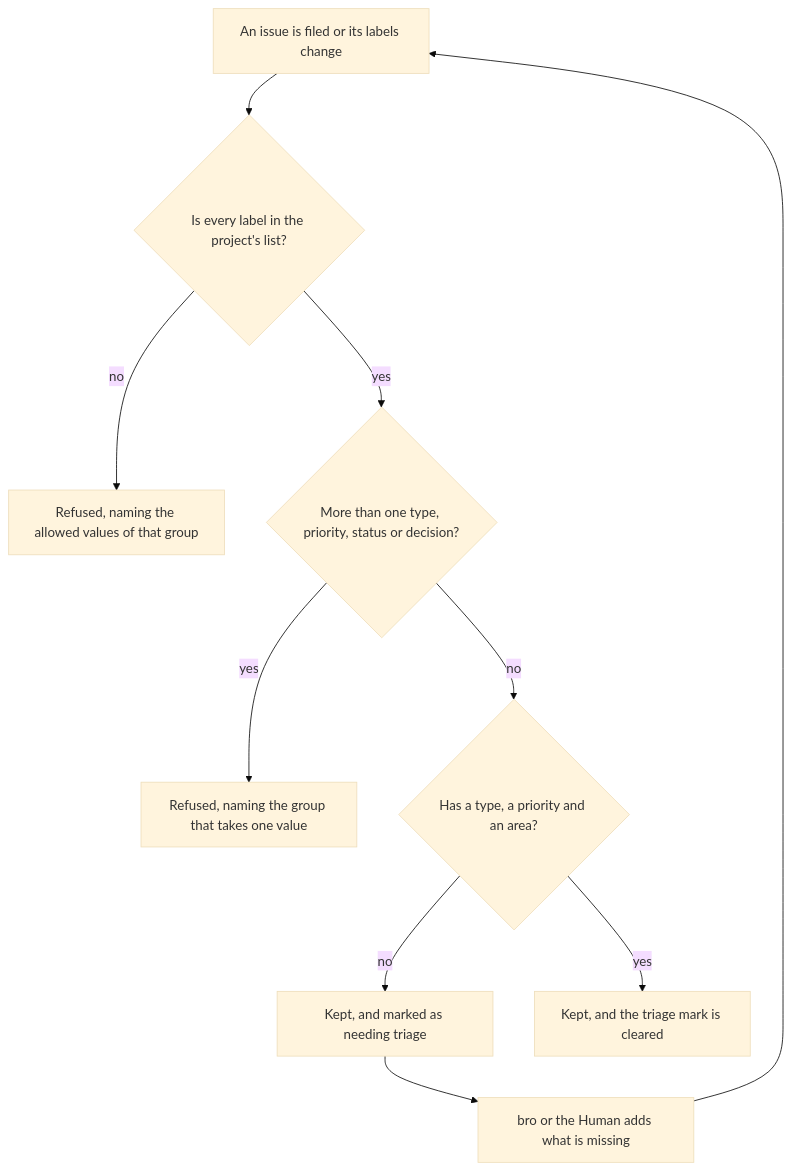
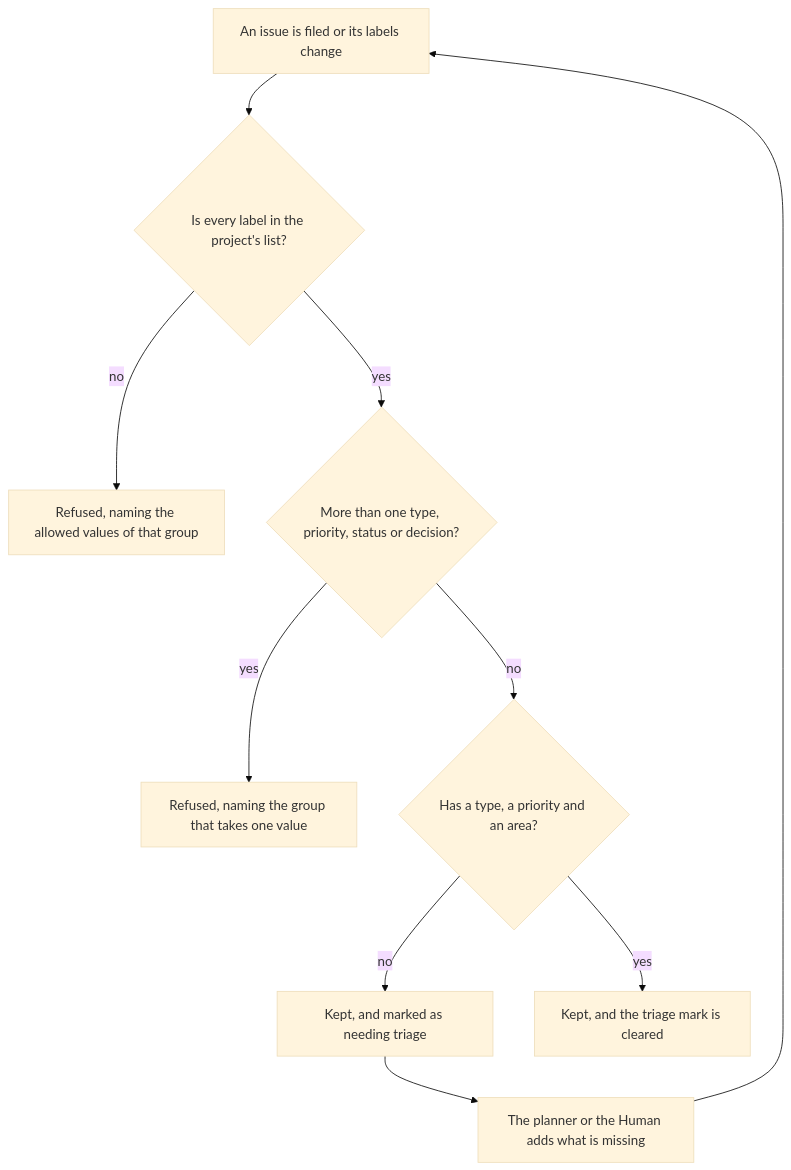
Before and after one commit to trustmybot/tmb: the second of 2 diagrams in docs/architecture/ISSUES.md, drawn with Mermaid (base theme). The commit also changed other lines of this file and 38 other files, not shown here.

````diff
--- a/docs/architecture/ISSUES.md
+++ b/docs/architecture/ISSUES.md
@@ -34,12 +50,12 @@
 ```mermaid
 flowchart TD
-    A[An issue is filed or its labels change] --> B{Is every label in the project's list?}
-    B -- no --> X[Refused, naming the allowed values of that group]
-    B -- yes --> C{More than one type, priority, status or decision?}
-    C -- yes --> X2[Refused, naming the group that takes one value]
-    C -- no --> D{Has a type, a priority and an area?}
-    D -- no --> E[Kept, and marked as needing triage]
-    D -- yes --> F[Kept, and the triage mark is cleared]
-    E --> G[bro or the Human adds what is missing]
+    A[An issue is filed or its labels change] --> B{"Is every label in the project's list?"}
+    B -- no --> X["Refused, naming the allowed values of that group"]
+    B -- yes --> C{"More than one type, priority, status or decision?"}
+    C -- yes --> X2["Refused, naming the group that takes one value"]
+    C -- no --> D{"Has a type, a priority and an area?"}
+    D -- no --> E["Kept, and marked as needing triage"]
+    D -- yes --> F["Kept, and the triage mark is cleared"]
+    E --> G[The planner or the Human adds what is missing]
     G --> A
 ```
````
